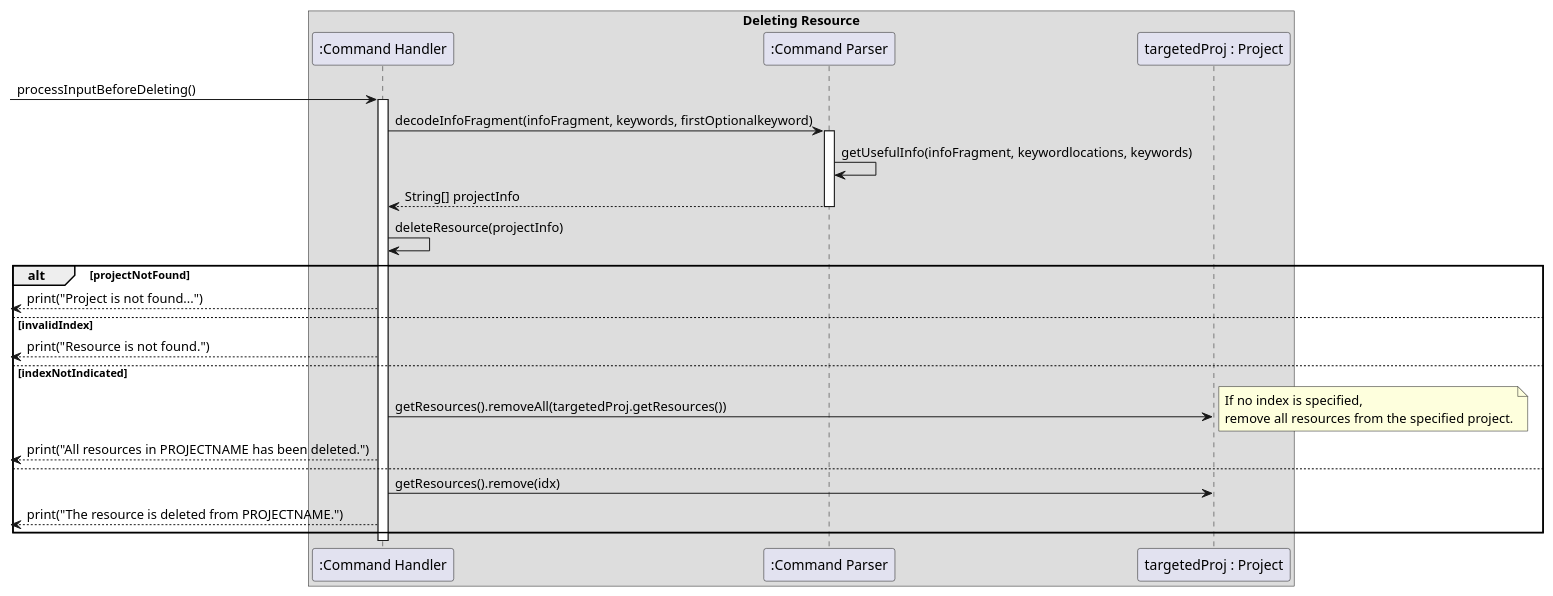
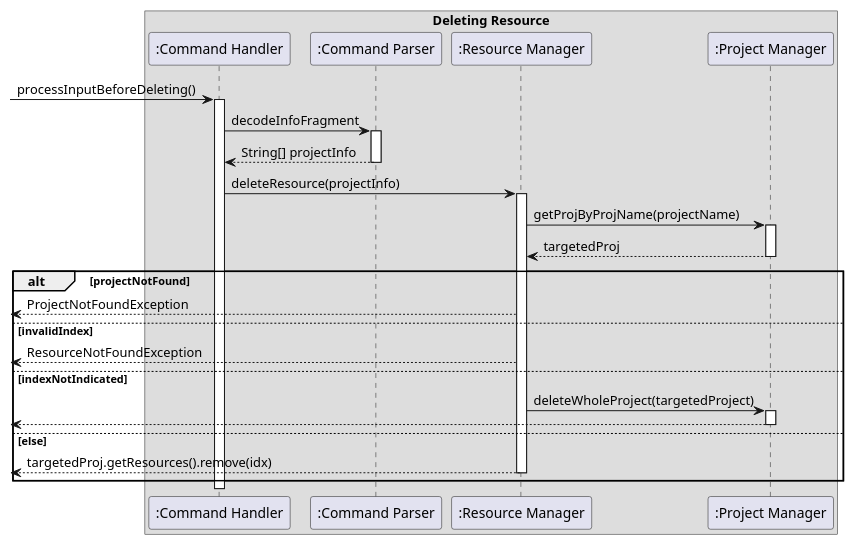
The diagram in docs/PlantUML/deleteResource.puml (s-t-e-f/tp), drawn with PlantUML before and after one commit. The commit also changed 1 other file, not shown here.

Commit message:
Updated sequence diagram for delete.

```diff
--- a/docs/PlantUML/deleteResource.puml
+++ b/docs/PlantUML/deleteResource.puml
@@ -1,46 +1,43 @@
 @startuml
 'https://plantuml.com/sequence-diagram
 
 box Deleting Resource
 participant ":Command Handler" as CommandHandler
 participant ":Command Parser" as CommandParser
-participant "targetedProj : Project" as Project
+participant ":Resource Manager" as ResourceManager
+participant ":Project Manager" as ProjectManager
 
-end box
 
 [-> CommandHandler : processInputBeforeDeleting()
 activate CommandHandler
 
 
-CommandHandler -> CommandParser: decodeInfoFragment(infoFragment, keywords, firstOptionalkeyword)
+CommandHandler -> CommandParser: decodeInfoFragment
 activate CommandParser
-
-CommandParser-> CommandParser : getUsefulInfo(infoFragment, keywordlocations, keywords)
 CommandHandler <-- CommandParser : String[] projectInfo
 deactivate CommandParser
 
-CommandHandler -> CommandHandler : deleteResource(projectInfo)
-
+CommandHandler -> ResourceManager : deleteResource(projectInfo)
+activate ResourceManager
+ResourceManager -> ProjectManager : getProjByProjName(projectName)
+activate ProjectManager
+ResourceManager <-- ProjectManager : targetedProj
+deactivate ProjectManager
 
 alt projectNotFound
-    [<-- CommandHandler : print("Project is not found...")
+    [<-- ResourceManager : ProjectNotFoundException
+else invalidIndex
+    [<-- ResourceManager : ResourceNotFoundException
+else indexNotIndicated
+    ResourceManager -> ProjectManager: deleteWholeProject(targetedProject)
+    activate ProjectManager
+    [<-- ProjectManager :
+    deactivate ProjectManager
 
-else invalidIndex
-    [<-- CommandHandler : print("Resource is not found.")
-
-else indexNotIndicated
-    CommandHandler -> Project : getResources().removeAll(targetedProj.getResources())
-    note right
-    If no index is specified,
-    remove all resources from the specified project.
-    end note
-    [<-- CommandHandler : print("All resources in PROJECTNAME has been deleted.")
-
-else
-    CommandHandler -> Project : getResources().remove(idx)
-    [<-- CommandHandler : print("The resource is deleted from PROJECTNAME.")
-
+else else
+    [<-- ResourceManager : targetedProj.getResources().remove(idx)
+    deactivate
 end
 
 
 @enduml
```
